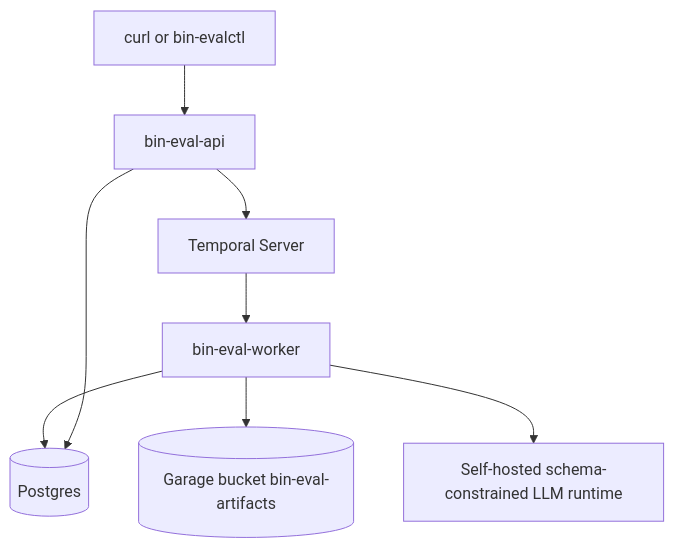
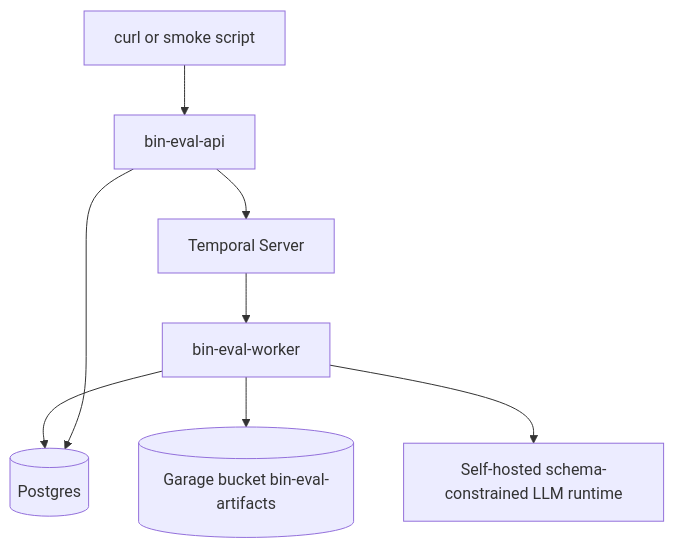
Before and after one commit to kirilligum/self-imp-bin-eval: the diagram in plans/bin-eval-binary-checklist-mvp-plan.md, drawn with Mermaid. The commit also changed other lines of this file, not shown here.

````diff
--- a/plans/bin-eval-binary-checklist-mvp-plan.md
+++ b/plans/bin-eval-binary-checklist-mvp-plan.md
@@ -115,10 +125,10 @@
 ```mermaid
 flowchart TB
-  client[curl or bin-evalctl] --> api[bin-eval-api]
+  client[curl or smoke script] --> api[bin-eval-api]
   api --> temporal[Temporal Server]
   temporal --> worker[bin-eval-worker]
   worker --> pg[(Postgres)]
   worker --> garage[(Garage bucket bin-eval-artifacts)]
   worker --> llm[Self-hosted schema-constrained LLM runtime]
   api --> pg
 ```
````
